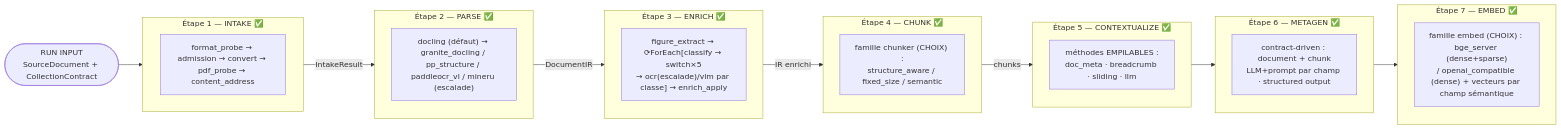
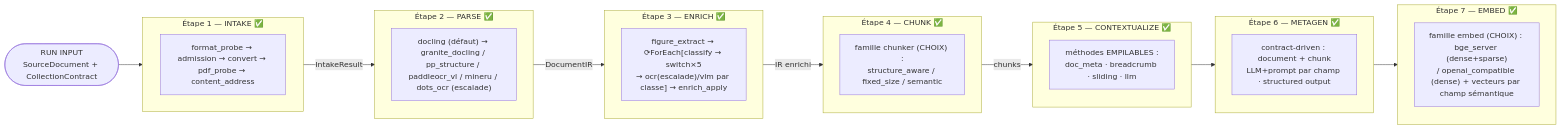
The first of 4 diagrams in src/docforge/PIPELINE.md (Florian-BARRE/DocForge), drawn with Mermaid before and after one commit. The commit also changed other lines of this file and 42 other files, not shown here.

````diff
--- a/src/docforge/PIPELINE.md
+++ b/src/docforge/PIPELINE.md
@@ -10,35 +10,35 @@
 ```mermaid
 flowchart LR
     RUN(["RUN INPUT<br/>SourceDocument + CollectionContract"])
 
     subgraph S1["Étape 1 — INTAKE ✅"]
         direction LR
         s1["format_probe → admission → convert → pdf_probe → content_address"]
     end
 
     subgraph S2["Étape 2 — PARSE ✅"]
-        s2["docling (défaut) → granite_docling / pp_structure / paddleocr_vl / mineru (escalade)"]
+        s2["docling (défaut) → granite_docling / pp_structure / paddleocr_vl / mineru / dots_ocr (escalade)"]
     end
 
     subgraph S3["Étape 3 — ENRICH ✅"]
         s3["figure_extract → ⟳ForEach[classify → switch×5<br/>→ ocr(escalade)/vlm par classe] → enrich_apply"]
     end
 
     subgraph S4["Étape 4 — CHUNK ✅"]
         s4["famille chunker (CHOIX) :<br/>structure_aware / fixed_size / semantic"]
     end
 
     subgraph S5["Étape 5 — CONTEXTUALIZE ✅"]
         s5["méthodes EMPILABLES :<br/>doc_meta · breadcrumb · sliding · llm"]
     end
 
     subgraph S6["Étape 6 — METAGEN ✅"]
         s6["contract-driven : document + chunk<br/>LLM+prompt par champ · structured output"]
     end
 
     subgraph S7["Étape 7 — EMBED ✅"]
         s7["famille embed (CHOIX) : bge_server (dense+sparse)<br/>/ openai_compatible (dense) + vecteurs par champ sémantique"]
     end
 
     RUN --> S1 -->|"IntakeResult"| S2 -->|"DocumentIR"| S3 -->|"IR enrichi"| S4 -->|"chunks"| S5 --> S6 --> S7
 ```
````
